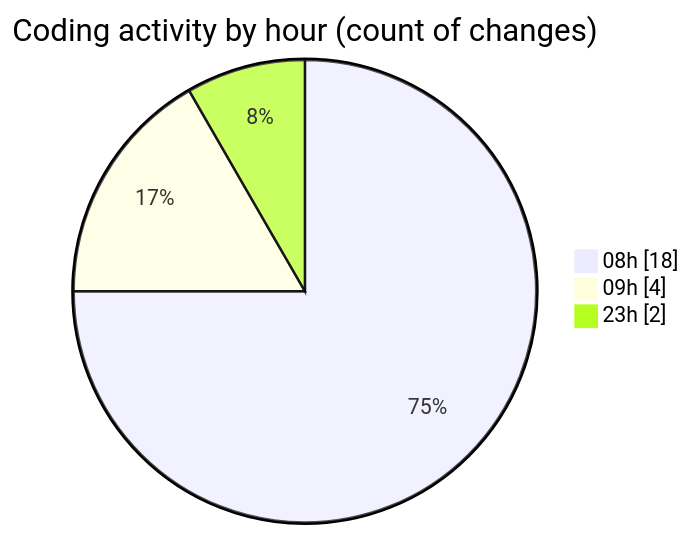
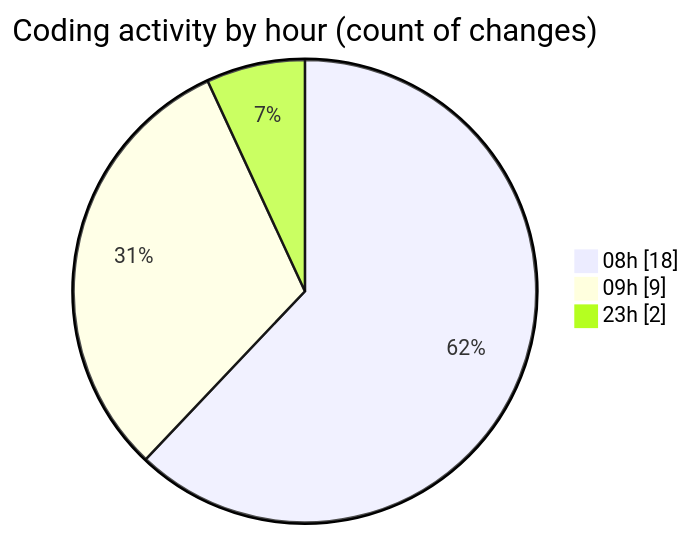
Before and after one commit to Elitesun/code-tracking: the second of 2 diagrams in 2025-05-05/niten/README.md, drawn with Mermaid. The commit also changed other lines of this file and 1 other file, not shown here.

````diff
--- a/2025-05-05/niten/README.md
+++ b/2025-05-05/niten/README.md
@@ -40,7 +40,7 @@
 ```mermaid
 pie showData
 title Coding activity by hour (count of changes)
 "08h" : 18
-"09h" : 4
+"09h" : 9
 "23h" : 2
 ```
````
